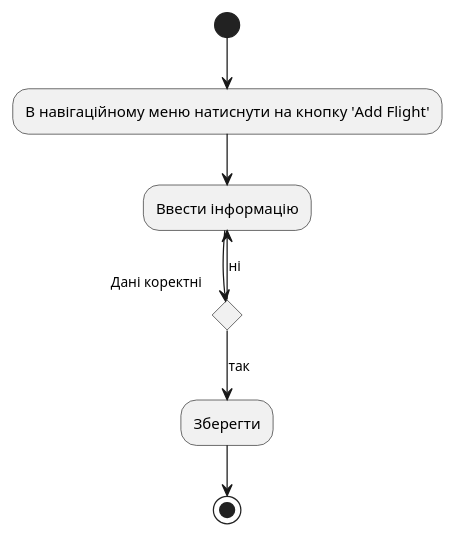
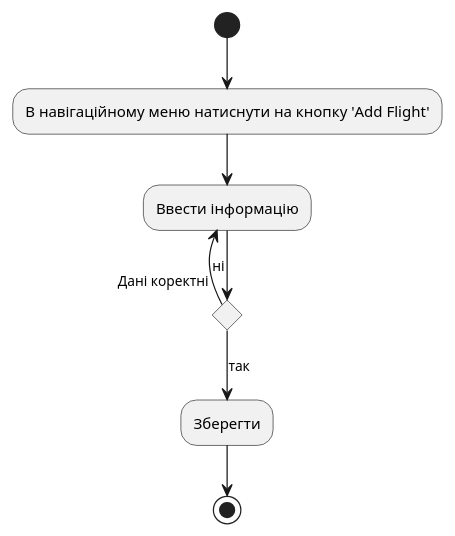
Before and after one commit to carexoid/se-lab: the diagram in doc/ux/taskflow/A3.puml, drawn with PlantUML. The commit also changed 5 other files, not shown here.

```diff
--- a/doc/ux/taskflow/A3.puml
+++ b/doc/ux/taskflow/A3.puml
@@ -1,11 +1,11 @@
 @startuml A4
 (*) --> "В навігаційному меню натиснути на кнопку 'Add Flight'"
 --> "Ввести інформацію"
 if "Дані коректні" then
     -->[так]"Зберегти"
     --> (*)
 else
-    -->[ні] "Ввести інформацію"
+    -left->[ні] "Ввести інформацію"
 endif
 
 @enduml
```
